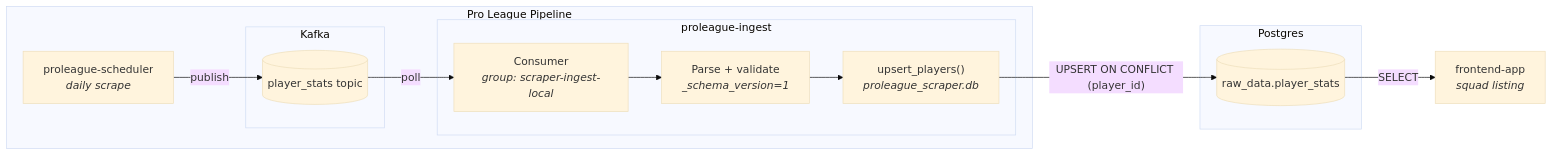
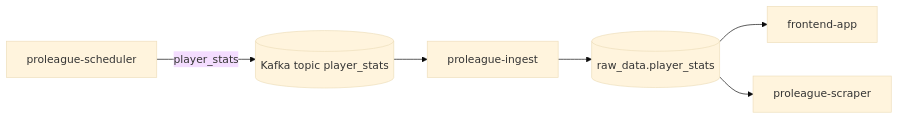
One commit to mberetvas/blauw_zwart_pipeline changed the diagram in src/proleague_ingest/README.md. Above: the diagram before and after it, drawn with Mermaid (base theme). The commit also changed other lines of this file and 8 other files, not shown here.

First line of the commit message:
✨ refactor: streamline README documentation for sql_agent, proleague_ingest, and proleague_scraper modules

````diff
--- a/src/proleague_ingest/README.md
+++ b/src/proleague_ingest/README.md
@@ -9,27 +15,8 @@
 ```mermaid
 flowchart LR
-    subgraph pl ["Pro League Pipeline"]
-        scheduler["proleague-scheduler<br/><i>daily scrape</i>"]
-        subgraph kafka ["Kafka"]
-            topic[("player_stats topic")]
-        end
-        subgraph svc ["proleague-ingest"]
-            consumer["Consumer<br/><i>group: scraper-ingest-local</i>"]
-            parse["Parse + validate<br/><i>_schema_version=1</i>"]
-            upsert["upsert_players()<br/><i>proleague_scraper.db</i>"]
-        end
-    end
-
-    subgraph pg ["Postgres"]
-        table[("raw_data.player_stats")]
-    end
-
-    downstream["frontend-app<br/><i>squad listing</i>"]
-
-    scheduler -- "publish" --> topic
-    topic -- "poll" --> consumer
-    consumer --> parse
-    parse --> upsert
-    upsert -- "UPSERT ON CONFLICT (player_id)" --> table
-    table -- "SELECT" --> downstream
+    scheduler["proleague-scheduler"] -- "player_stats" --> topic[("Kafka topic player_stats")]
+    topic --> ingest["proleague-ingest"]
+    ingest --> table[("raw_data.player_stats")]
+    table --> frontend["frontend-app"]
+    table --> scraper["proleague-scraper"]
 ```
````
